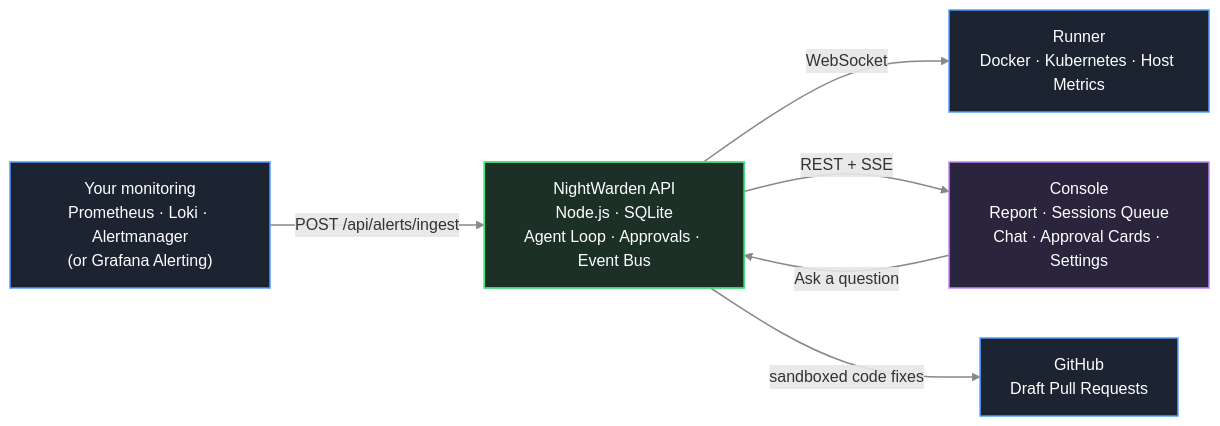
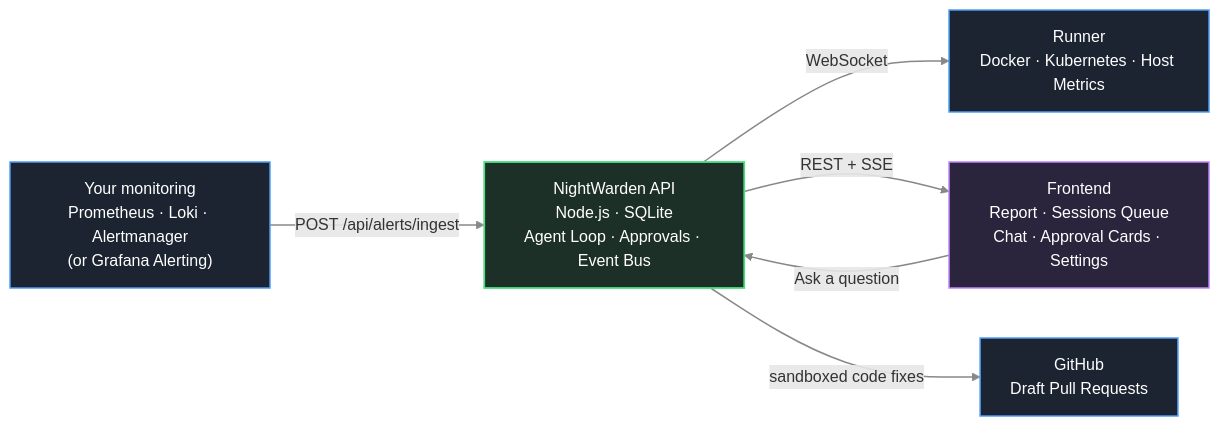
One commit to Flux690/Nightwatch changed the diagram in README.md. Above: the diagram before and after it, drawn with Mermaid. The commit also changed other lines of this file and 254 other files, not shown here.

First line of the commit message:
refactor: rename console to frontend everywhere

````diff
--- a/README.md
+++ b/README.md
@@ -20,32 +20,32 @@
 ```mermaid
 flowchart LR
 
 %% Infrastructure
 monitoring["Your monitoring<br/>Prometheus · Loki · Alertmanager<br/>(or Grafana Alerting)"]
 runner["Runner<br/>Docker · Kubernetes · Host Metrics"]
 
 %% Brain
 api["NightWarden API<br/>Node.js · SQLite<br/>Agent Loop · Approvals · Event Bus"]
 
 %% UI
-console["Console<br/>Report · Sessions Queue<br/>Chat · Approval Cards · Settings"]
+frontend["Frontend<br/>Report · Sessions Queue<br/>Chat · Approval Cards · Settings"]
 
 %% Code
 github["GitHub<br/>Draft Pull Requests"]
 
 monitoring -- POST /api/alerts/ingest --> api
-console -- Ask a question --> api
+frontend -- Ask a question --> api
 api -- WebSocket --> runner
-api -- REST + SSE --> console
+api -- REST + SSE --> frontend
 api -- sandboxed code fixes --> github
 
 classDef infra fill:#1b2430,stroke:#4f9cf9,color:#fff,stroke-width:1.5;
 classDef api fill:#1d3027,stroke:#4ade80,color:#fff,stroke-width:1.8;
 classDef ui fill:#2b243d,stroke:#c084fc,color:#fff,stroke-width:1.5;
 
 class monitoring,runner,github infra;
 class api api;
-class console ui;
+class frontend ui;
 
 linkStyle default stroke:#888,stroke-width:1.5;
 ```
````
